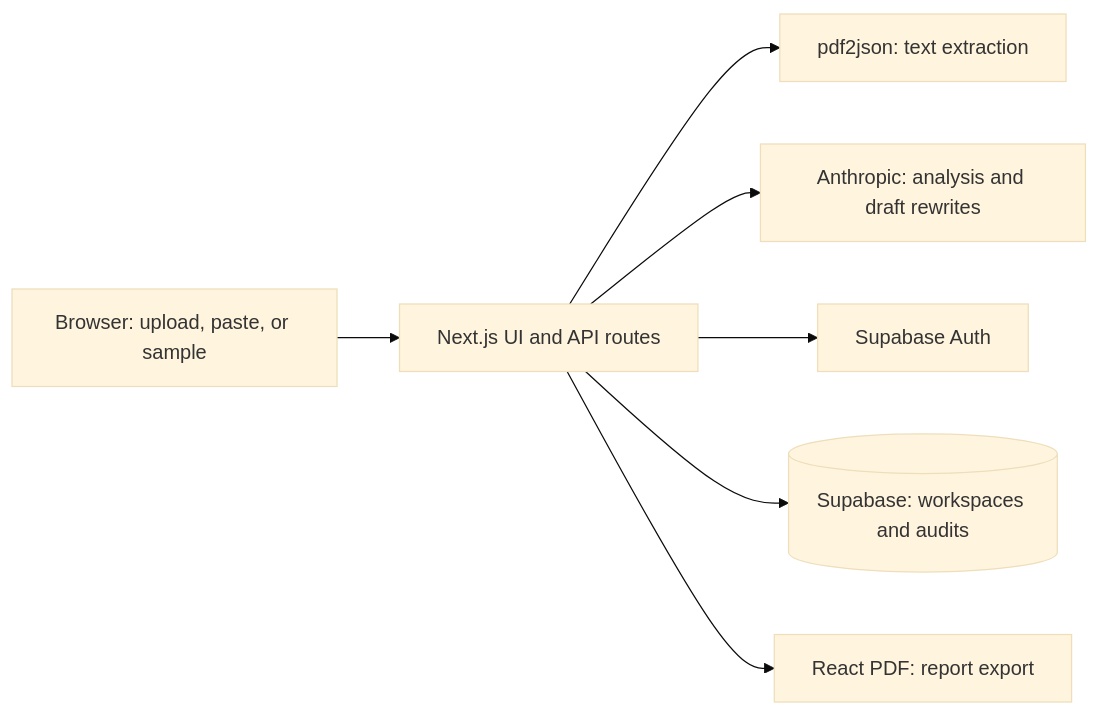
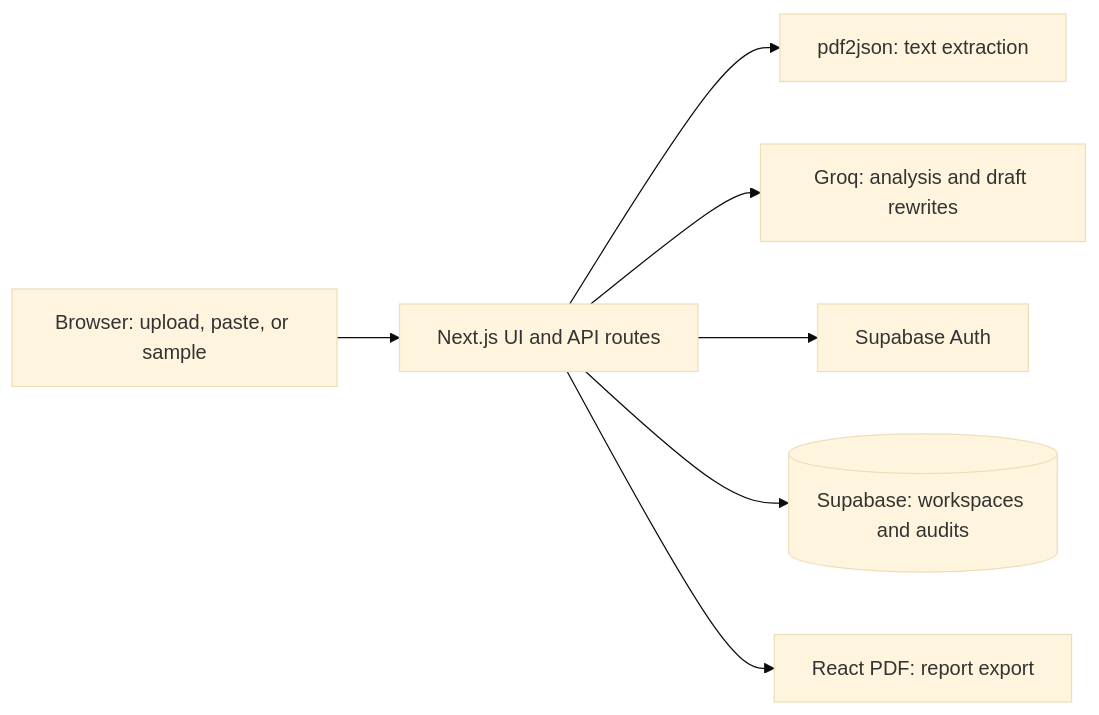
The diagram in README.md (safwanasif/EquiScan), drawn with Mermaid (base theme) before and after one commit. The commit also changed other lines of this file and 21 other files, not shown here.

Commit message:
Replace Claude with Groq and define deployment roadmap

````diff
--- a/README.md
+++ b/README.md
@@ -11,9 +11,9 @@
 ```mermaid
 flowchart LR
   Visitor[Browser: upload, paste, or sample] --> Web[Next.js UI and API routes]
   Web --> Parser[pdf2json: text extraction]
-  Web --> AI[Anthropic: analysis and draft rewrites]
+  Web --> AI[Groq: analysis and draft rewrites]
   Web --> Auth[Supabase Auth]
   Web --> DB[(Supabase: workspaces and audits)]
   Web --> PDF[React PDF: report export]
 ```
````
